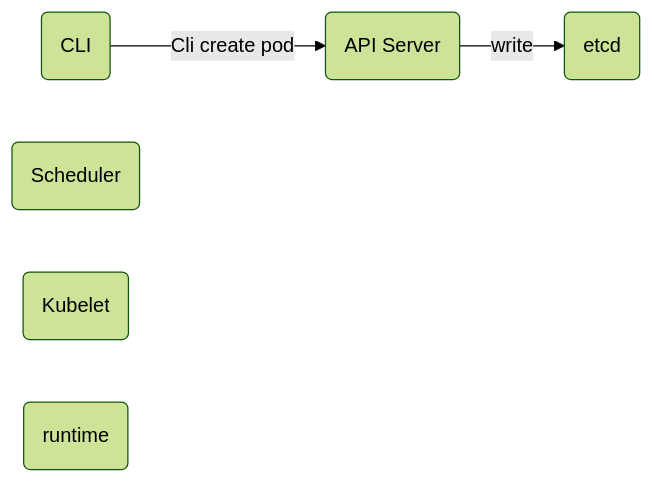
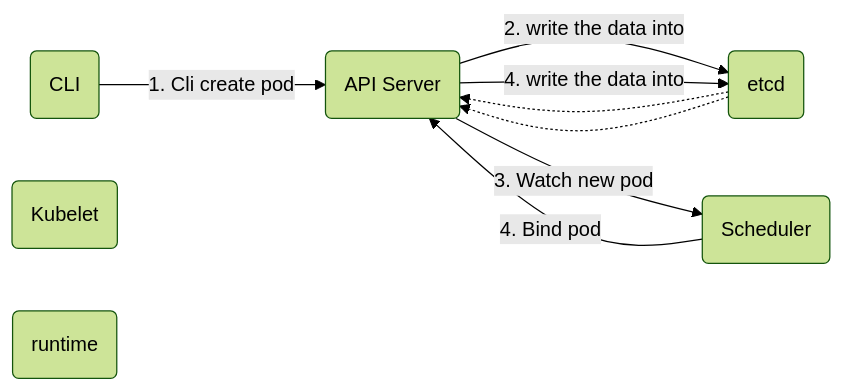
One commit to pratshield/docker-kubernetes changed the diagram in kubernetes/pod_lifecycle.md. Above: the diagram before and after it, drawn with Mermaid (forest theme).

````diff
--- a/kubernetes/pod_lifecycle.md
+++ b/kubernetes/pod_lifecycle.md
@@ -4,13 +4,20 @@
 ```mermaid
 
 flowchart LR
   A(CLI)
   B(API Server)
   C(etcd)
   D(Scheduler)
   E(Kubelet)
   F(runtime)
-  A-->|Cli create pod| B
-  B-->|write| C
+  A-->|1. Cli create pod| B
+  B-->|2. write the data into | C
+  C -.->B
+  B-->|3. Watch new pod| D
+  D-->|4. Bind pod| B
+  B-->|4. write the data into | C
+  C -.->B
+  
+  
   
 ```
````
